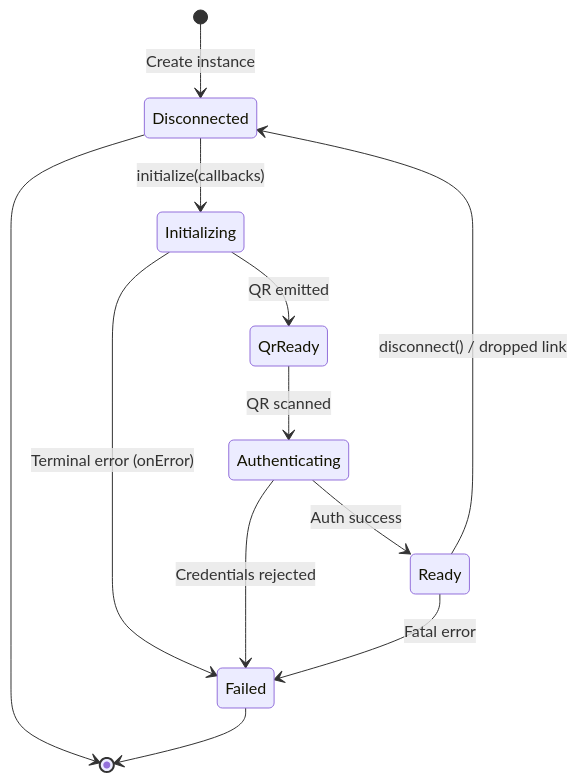
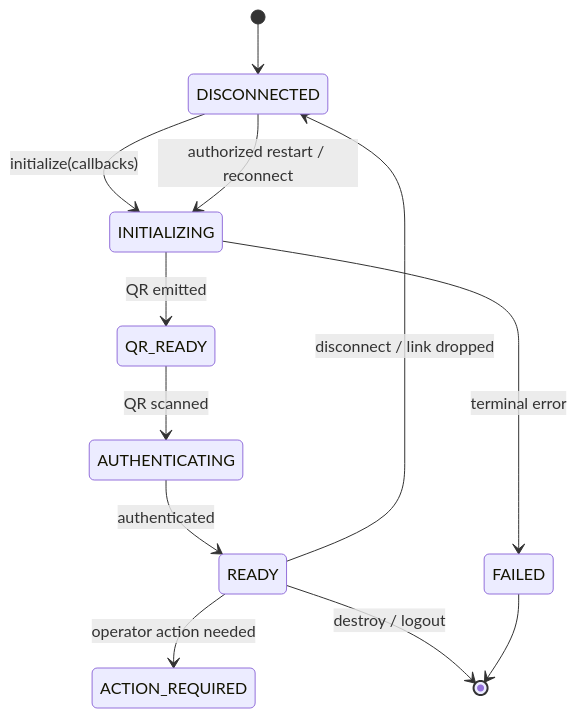
Before and after one commit to AbdoHussein1998/OpenWA: the second of 10 diagrams in docs/03-system-architecture.md, drawn with Mermaid. The commit also changed other lines of this file and 8 other files, not shown here.

````diff
--- a/docs/03-system-architecture.md
+++ b/docs/03-system-architecture.md
@@ -201,14 +54,14 @@
 ```mermaid
 stateDiagram-v2
-    [*] --> Disconnected: Create instance
-    Disconnected --> Initializing: initialize(callbacks)
-    Initializing --> QrReady: QR emitted
-    QrReady --> Authenticating: QR scanned
-    Authenticating --> Ready: Auth success
-    Initializing --> Failed: Terminal error (onError)
-    Authenticating --> Failed: Credentials rejected
-    Ready --> Disconnected: disconnect() / dropped link
-    Ready --> Failed: Fatal error
-    Disconnected --> [*]
-    Failed --> [*]
+    [*] --> DISCONNECTED
+    DISCONNECTED --> INITIALIZING: initialize(callbacks)
+    INITIALIZING --> QR_READY: QR emitted
+    QR_READY --> AUTHENTICATING: QR scanned
+    AUTHENTICATING --> READY: authenticated
+    INITIALIZING --> FAILED: terminal error
+    READY --> DISCONNECTED: disconnect / link dropped
+    READY --> ACTION_REQUIRED: operator action needed
+    DISCONNECTED --> INITIALIZING: authorized restart / reconnect
+    READY --> [*]: destroy / logout
+    FAILED --> [*]
 ```
````
